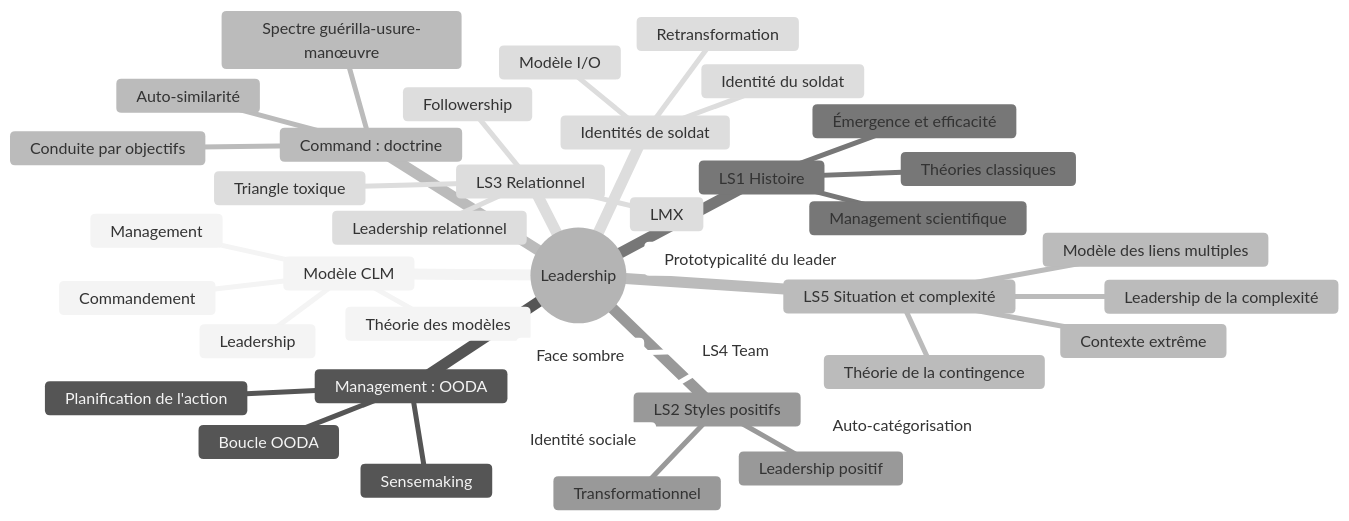
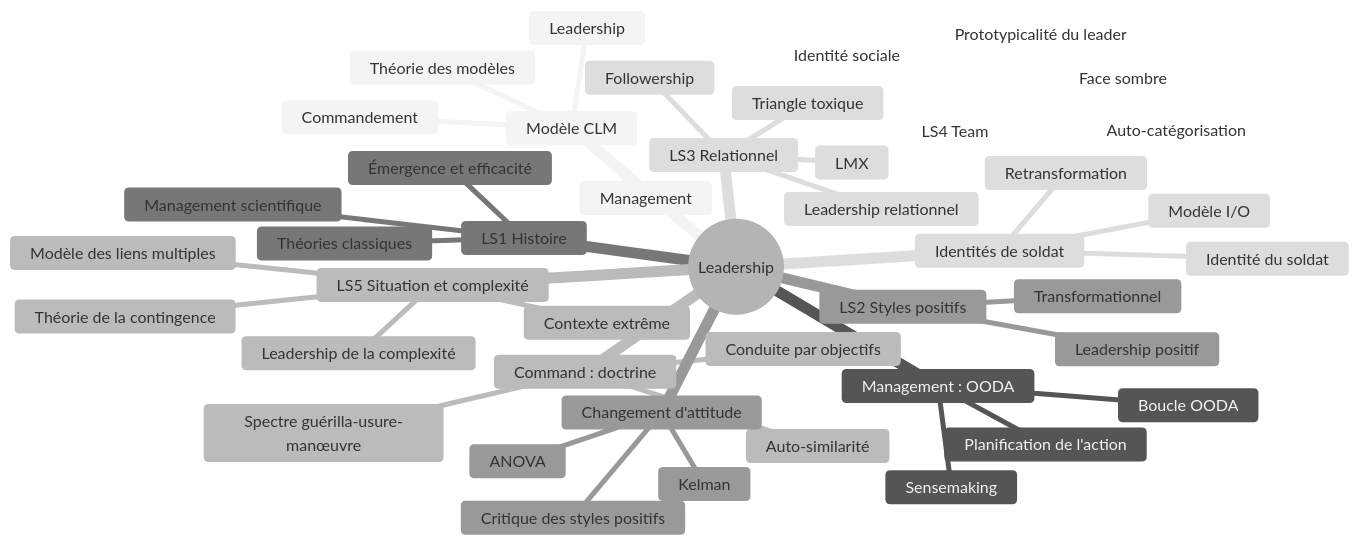
One commit to aidraxowl/NEXUS changed the diagram in NEXUS/09-Learning/Course-Maps/HS26 - Leadership.md. Above: the diagram before and after it, drawn with Mermaid (neutral theme). The commit also changed other lines of this file and 21 other files, not shown here.

````diff
--- a/NEXUS/09-Learning/Course-Maps/HS26 - Leadership.md
+++ b/NEXUS/09-Learning/Course-Maps/HS26 - Leadership.md
@@ -22,43 +22,47 @@
 ```mermaid
 mindmap
   root((Leadership))
     Modèle CLM
       Commandement
       Leadership
       Management
       Théorie des modèles
     Management : OODA
       Boucle OODA
       Sensemaking
       Planification de l'action
     Command : doctrine
       Conduite par objectifs
       Spectre guérilla-usure-manœuvre
       Auto-similarité
     LS1 Histoire
       Théories classiques
       Émergence et efficacité
       Management scientifique
     LS2 Styles positifs
       Leadership positif
       Transformationnel
     LS3 Relationnel
       Leadership relationnel
       Followership
       Triangle toxique
       LMX
     LS4 Team
       Identité sociale
       Auto-catégorisation
       Prototypicalité du leader
       Face sombre
     Identités de soldat
       Modèle I/O
       Identité du soldat
       Retransformation
     LS5 Situation et complexité
       Théorie de la contingence
       Modèle des liens multiples
       Contexte extrême
       Leadership de la complexité
+    Changement d'attitude
+      Critique des styles positifs
+      Kelman
+      ANOVA
 ```
````
